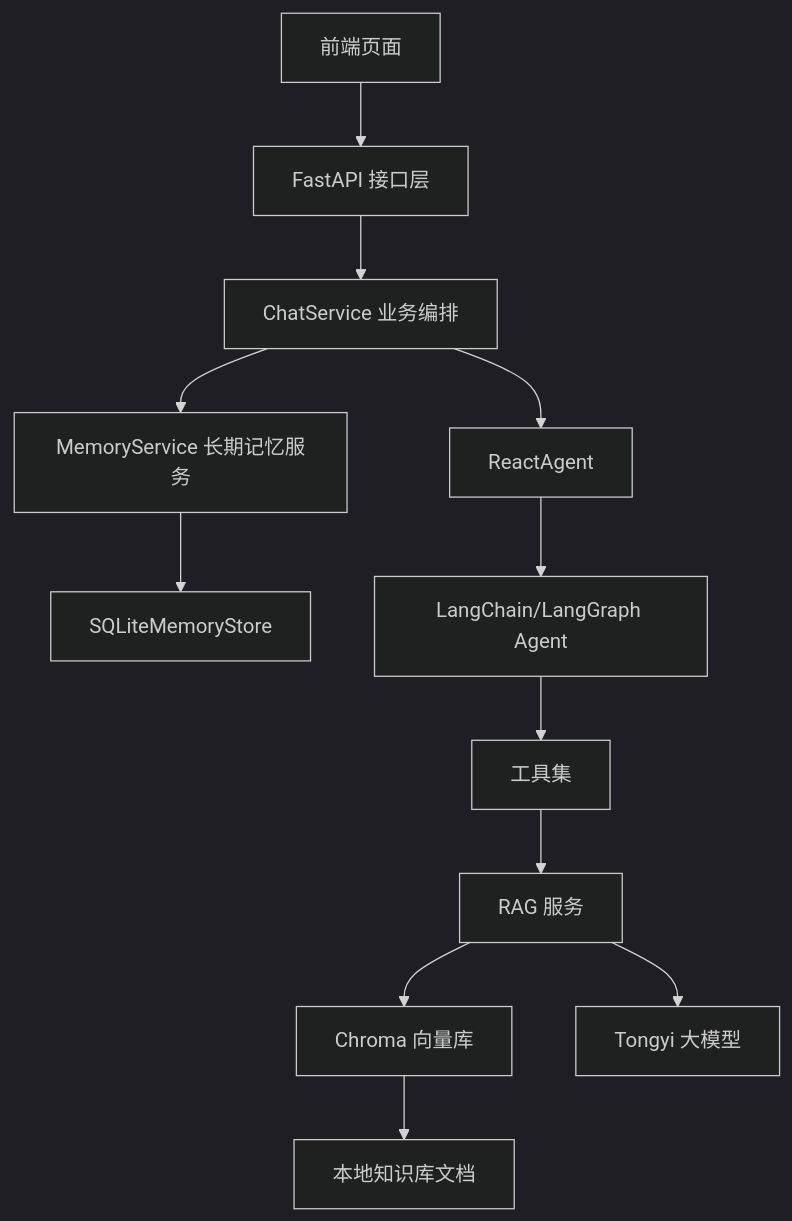
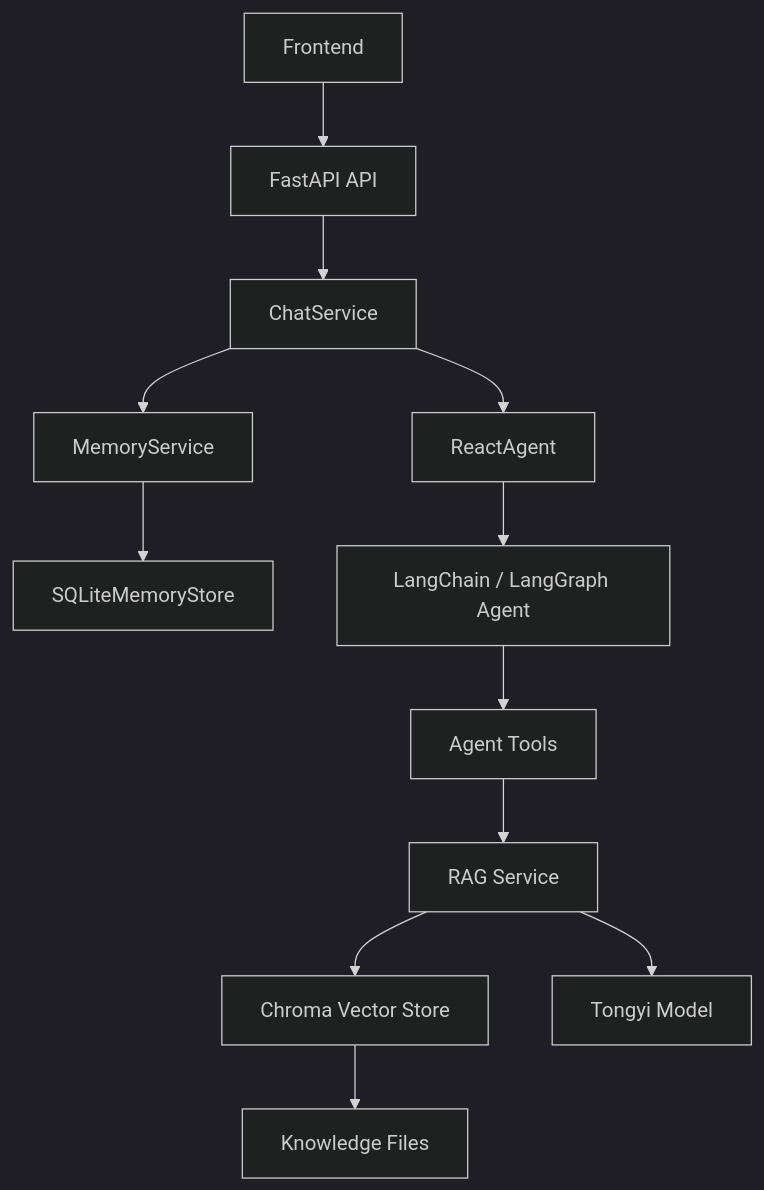
Before and after one commit to zhao2-p/customer-service-agent: the diagram in 技术文档.md, drawn with Mermaid (dark theme). The commit also changed other lines of this file, not shown here.

````diff
--- a/技术文档.md
+++ b/技术文档.md
@@ -129,14 +196,14 @@
 ```mermaid
 flowchart TD
-    A["前端页面"] --> B["FastAPI 接口层"]
-    B --> C["ChatService 业务编排"]
-    C --> D["MemoryService 长期记忆服务"]
+    A["Frontend"] --> B["FastAPI API"]
+    B --> C["ChatService"]
+    C --> D["MemoryService"]
     C --> E["ReactAgent"]
     D --> F["SQLiteMemoryStore"]
-    E --> G["LangChain/LangGraph Agent"]
-    G --> H["工具集"]
-    H --> I["RAG 服务"]
-    I --> J["Chroma 向量库"]
-    I --> K["Tongyi 大模型"]
-    J --> L["本地知识库文档"]
+    E --> G["LangChain / LangGraph Agent"]
+    G --> H["Agent Tools"]
+    H --> I["RAG Service"]
+    I --> J["Chroma Vector Store"]
+    I --> K["Tongyi Model"]
+    J --> L["Knowledge Files"]
 ```
````
